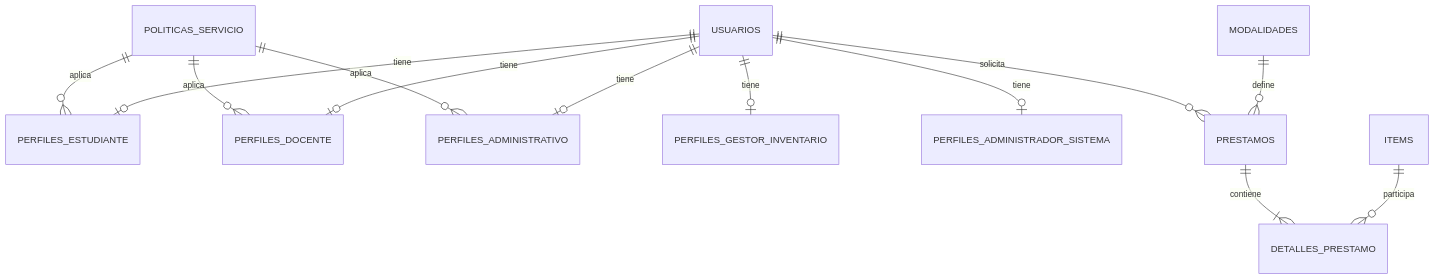
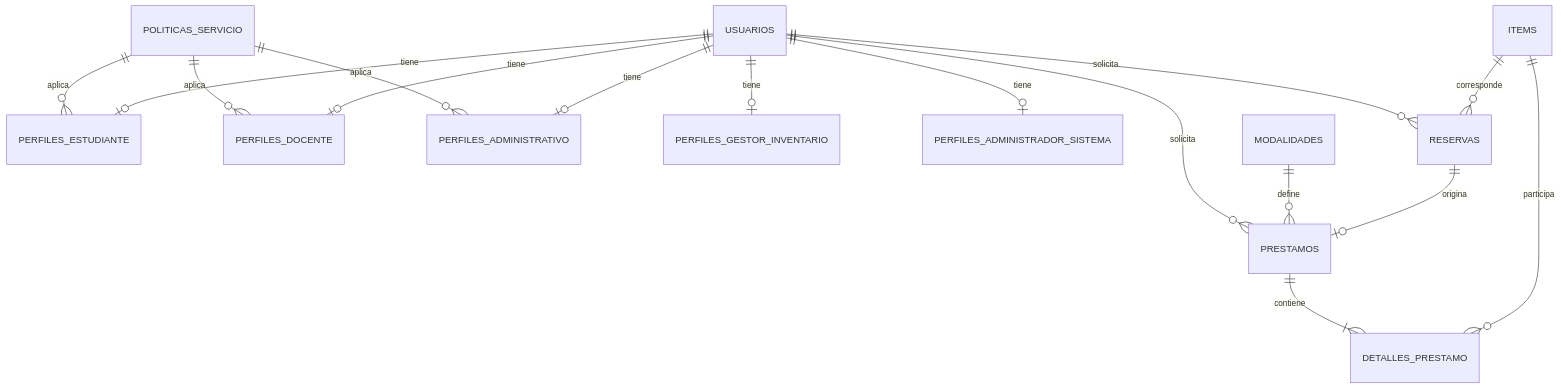
The diagram in docs/arquitectura.md (LuisEn2005/TI2-Sistema-de-Prestamos-Academico), drawn with Mermaid before and after one commit. The commit also changed other lines of this file and 5 other files, not shown here.

````diff
--- a/docs/arquitectura.md
+++ b/docs/arquitectura.md
@@ -50,15 +50,18 @@
 ```mermaid
 erDiagram
     POLITICAS_SERVICIO ||--o{ PERFILES_ESTUDIANTE : aplica
     POLITICAS_SERVICIO ||--o{ PERFILES_DOCENTE : aplica
     POLITICAS_SERVICIO ||--o{ PERFILES_ADMINISTRATIVO : aplica
     USUARIOS ||--o| PERFILES_ESTUDIANTE : tiene
     USUARIOS ||--o| PERFILES_DOCENTE : tiene
     USUARIOS ||--o| PERFILES_ADMINISTRATIVO : tiene
     USUARIOS ||--o| PERFILES_GESTOR_INVENTARIO : tiene
     USUARIOS ||--o| PERFILES_ADMINISTRADOR_SISTEMA : tiene
     USUARIOS ||--o{ PRESTAMOS : solicita
+    USUARIOS ||--o{ RESERVAS : solicita
     MODALIDADES ||--o{ PRESTAMOS : define
+    RESERVAS ||--o| PRESTAMOS : origina
+    ITEMS ||--o{ RESERVAS : corresponde
     PRESTAMOS ||--|{ DETALLES_PRESTAMO : contiene
     ITEMS ||--o{ DETALLES_PRESTAMO : participa
 ```
````
